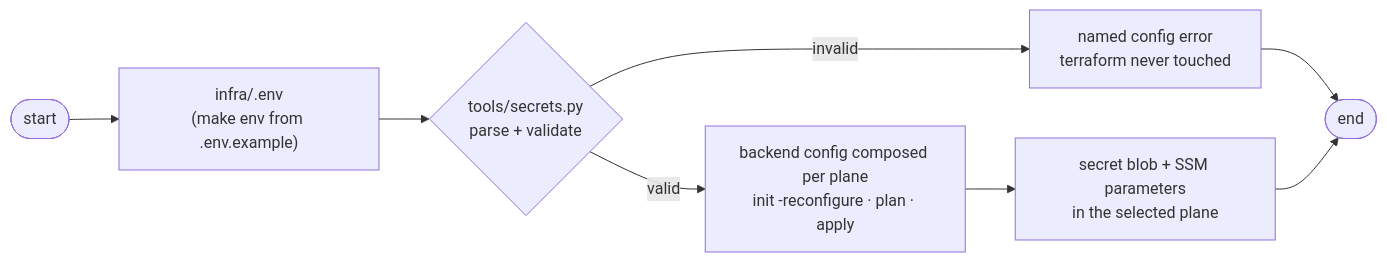
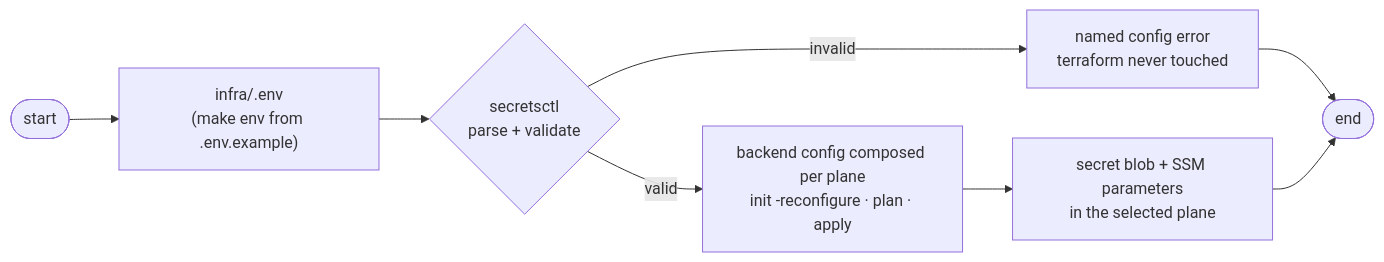
The third of 3 diagrams in services/document-parser/docs/guides/infrastructure.md (kunalPisolkar24/detectAI), drawn with Mermaid before and after one commit. The commit also changed other lines of this file and 14 other files, not shown here.

````diff
--- a/services/document-parser/docs/guides/infrastructure.md
+++ b/services/document-parser/docs/guides/infrastructure.md
@@ -64,9 +64,9 @@
 ```mermaid
 graph LR
     START(["start"]) --> ENV["infra/.env<br/>(make env from .env.example)"]
-    ENV --> VAL{"tools/secrets.py<br/>parse + validate"}
+    ENV --> VAL{"secretsctl<br/>parse + validate"}
     VAL -->|"invalid"| FAIL["named config error<br/>terraform never touched"] --> END(["end"])
     VAL -->|"valid"| TF["backend config composed per plane<br/>init -reconfigure · plan · apply"]
     TF --> LIVE["secret blob + SSM parameters<br/>in the selected plane"]
     LIVE --> END
 ```
````
